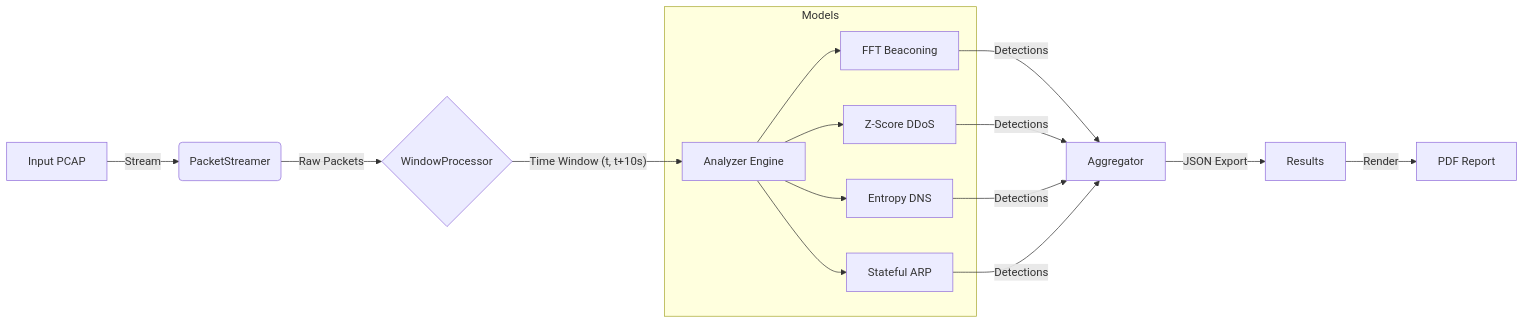
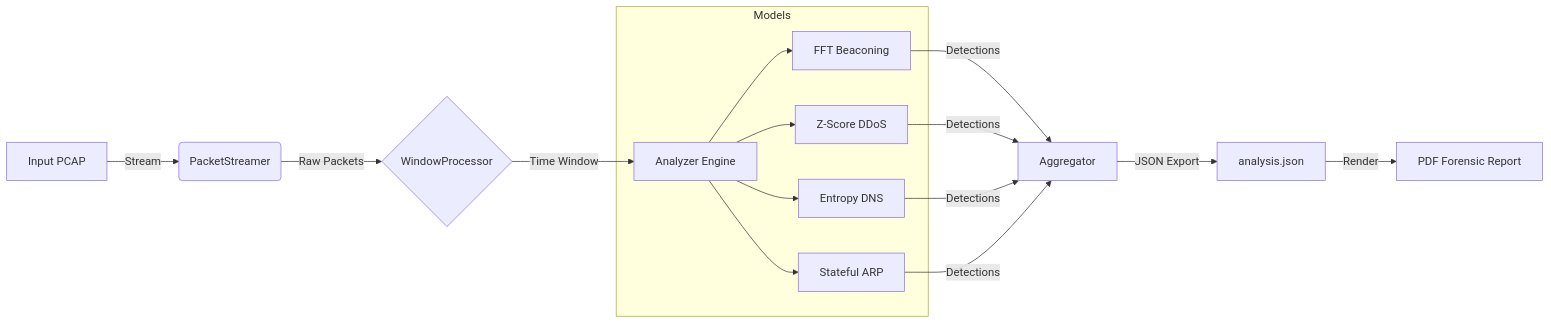
Before and after one commit to Delta-Sec/Z-Shark: the diagram in README.md, drawn with Mermaid. The commit also changed other lines of this file, not shown here.

````diff
--- a/README.md
+++ b/README.md
@@ -103,17 +84,17 @@
 ```mermaid
 graph LR
     A[Input PCAP] -->|Stream| B(PacketStreamer)
     B -->|Raw Packets| C{WindowProcessor}
-    C -->|"Time Window (t, t+10s)"| D[Analyzer Engine]
+    C -->|"Time Window"| D[Analyzer Engine]
     
     subgraph Models
     D --> E[FFT Beaconing]
     D --> F[Z-Score DDoS]
     D --> G[Entropy DNS]
     D --> H[Stateful ARP]
     end
     
     E & F & G & H -->|Detections| I[Aggregator]
-    I -->|JSON Export| J[Results]
-    J -->|Render| K[PDF Report]
+    I -->|JSON Export| J[analysis.json]
+    J -->|Render| K[PDF Forensic Report]
 ```
````
